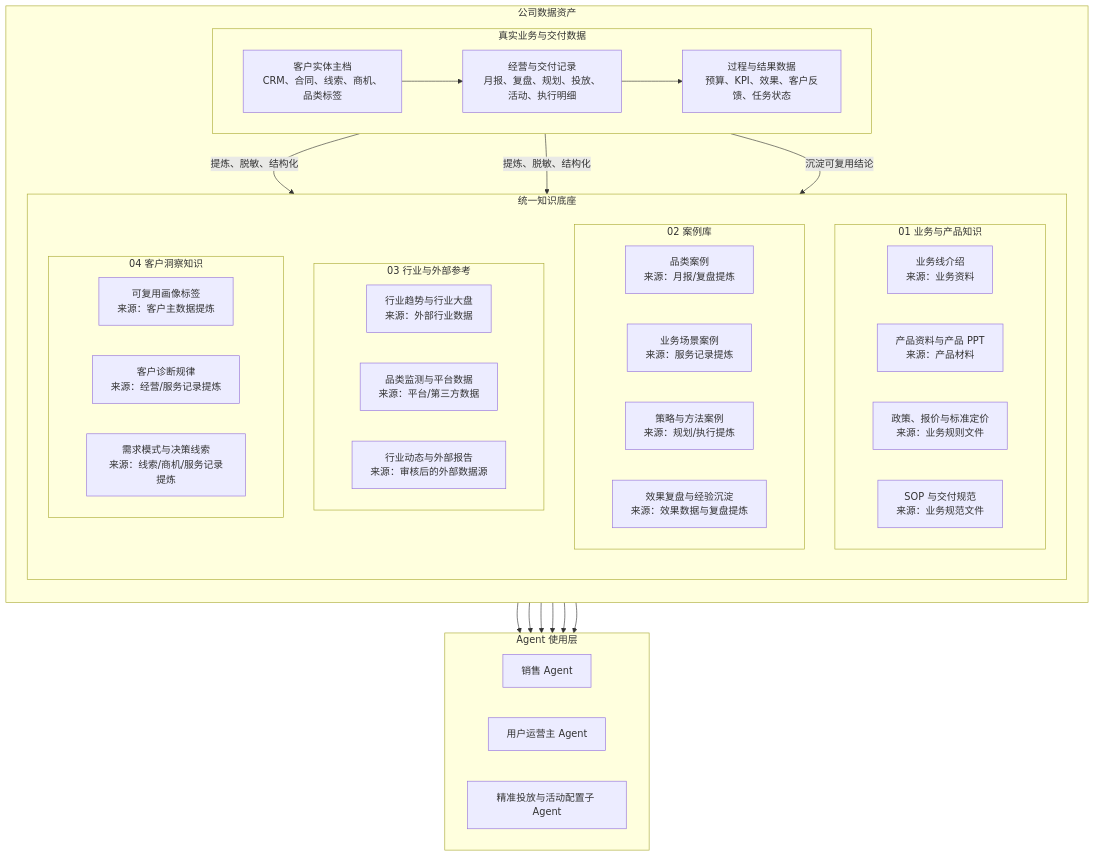
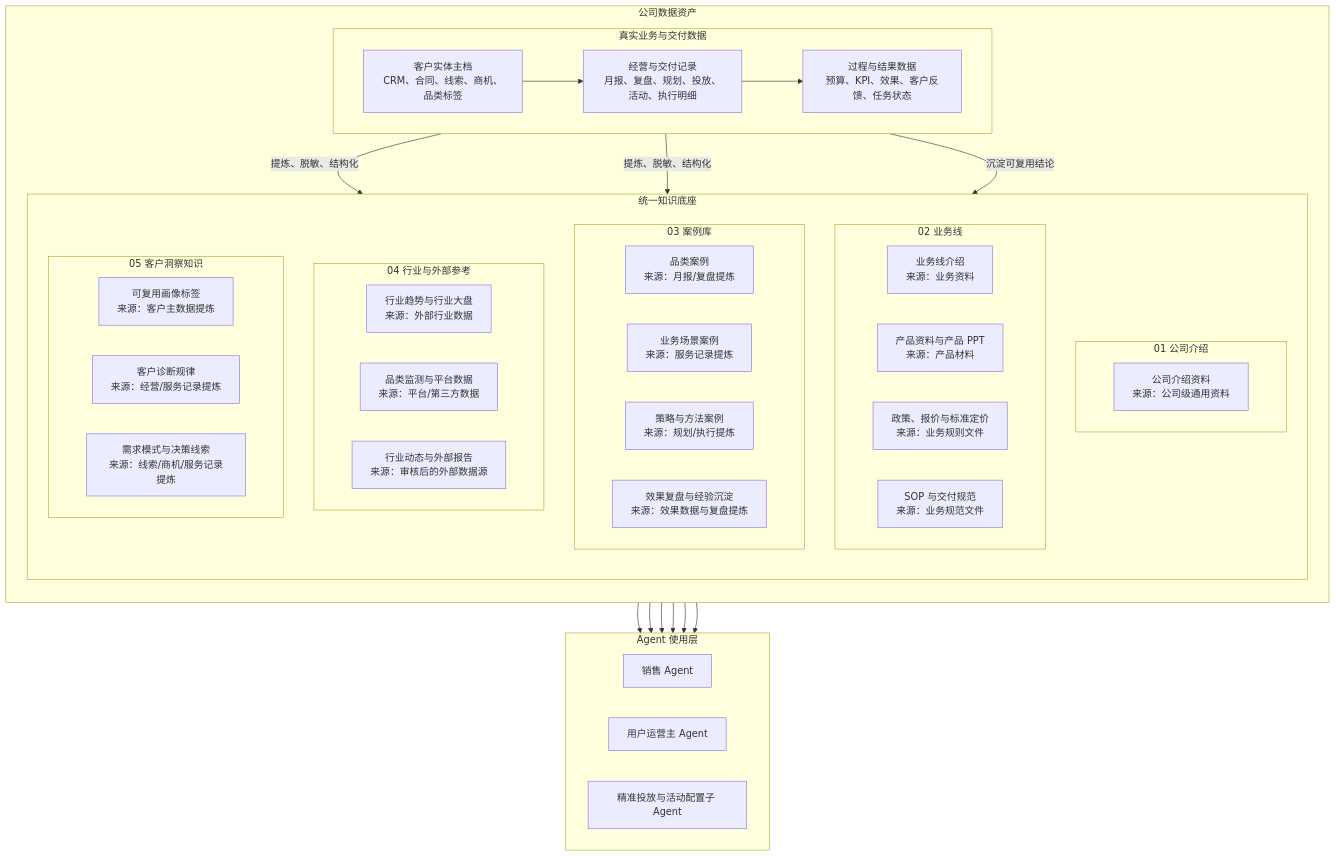
The first of 3 diagrams in knowledge-base-architecture/knowledge-architecture-initial.md (MenNean/JasonZhao-s-Working-Space), drawn with Mermaid before and after one commit. The commit also changed other lines of this file and 2 other files, not shown here.

Commit message:
Refine knowledge base directory hierarchy

````diff
--- a/knowledge-base-architecture/knowledge-architecture-initial.md
+++ b/knowledge-base-architecture/knowledge-architecture-initial.md
@@ -22,63 +22,67 @@
 ```mermaid
 flowchart TB
     subgraph D[公司数据资产]
         direction TB
 
         subgraph O[真实业务与交付数据]
             direction LR
             O1[客户实体主档\nCRM、合同、线索、商机、品类标签]
             O2[经营与交付记录\n月报、复盘、规划、投放、活动、执行明细]
             O3[过程与结果数据\n预算、KPI、效果、客户反馈、任务状态]
         end
 
         subgraph K[统一知识底座]
             direction TB
-            subgraph K1[01 业务与产品知识]
+            subgraph K1[01 公司介绍]
                 direction LR
-                K11[业务线介绍\n来源：业务资料]
-                K12[产品资料与产品 PPT\n来源：产品材料]
-                K13[政策、报价与标准定价\n来源：业务规则文件]
-                K14[SOP 与交付规范\n来源：业务规范文件]
+                K11[公司介绍资料\n来源：公司级通用资料]
             end
-            subgraph K2[02 案例库]
+            subgraph K2[02 业务线]
                 direction LR
-                K21[品类案例\n来源：月报/复盘提炼]
-                K22[业务场景案例\n来源：服务记录提炼]
-                K23[策略与方法案例\n来源：规划/执行提炼]
-                K24[效果复盘与经验沉淀\n来源：效果数据与复盘提炼]
+                K21[业务线介绍\n来源：业务资料]
+                K22[产品资料与产品 PPT\n来源：产品材料]
+                K23[政策、报价与标准定价\n来源：业务规则文件]
+                K24[SOP 与交付规范\n来源：业务规范文件]
             end
-            subgraph K3[03 行业与外部参考]
+            subgraph K3[03 案例库]
                 direction LR
-                K31[行业趋势与行业大盘\n来源：外部行业数据]
-                K32[品类监测与平台数据\n来源：平台/第三方数据]
-                K33[行业动态与外部报告\n来源：审核后的外部数据源]
+                K31[品类案例\n来源：月报/复盘提炼]
+                K32[业务场景案例\n来源：服务记录提炼]
+                K33[策略与方法案例\n来源：规划/执行提炼]
+                K34[效果复盘与经验沉淀\n来源：效果数据与复盘提炼]
             end
-            subgraph K4[04 客户洞察知识]
+            subgraph K4[04 行业与外部参考]
                 direction LR
-                K41[可复用画像标签\n来源：客户主数据提炼]
-                K42[客户诊断规律\n来源：经营/服务记录提炼]
-                K43[需求模式与决策线索\n来源：线索/商机/服务记录提炼]
+                K41[行业趋势与行业大盘\n来源：外部行业数据]
+                K42[品类监测与平台数据\n来源：平台/第三方数据]
+                K43[行业动态与外部报告\n来源：审核后的外部数据源]
+            end
+            subgraph K5[05 客户洞察知识]
+                direction LR
+                K51[可复用画像标签\n来源：客户主数据提炼]
+                K52[客户诊断规律\n来源：经营/服务记录提炼]
+                K53[需求模式与决策线索\n来源：线索/商机/服务记录提炼]
             end
         end
     end
 
     O1 --> O2
     O2 --> O3
     O2 -->|提炼、脱敏、结构化| K2
     O1 -->|提炼、脱敏、结构化| K4
     O3 -->|沉淀可复用结论| K2
 
     subgraph A[Agent 使用层]
         direction LR
         A1[销售 Agent]
         A2[用户运营主 Agent]
         A3[精准投放与活动配置子 Agent]
     end
 
     K --> A1
     K --> A2
     K --> A3
     O --> A1
     O --> A2
     O --> A3
 ```
````
